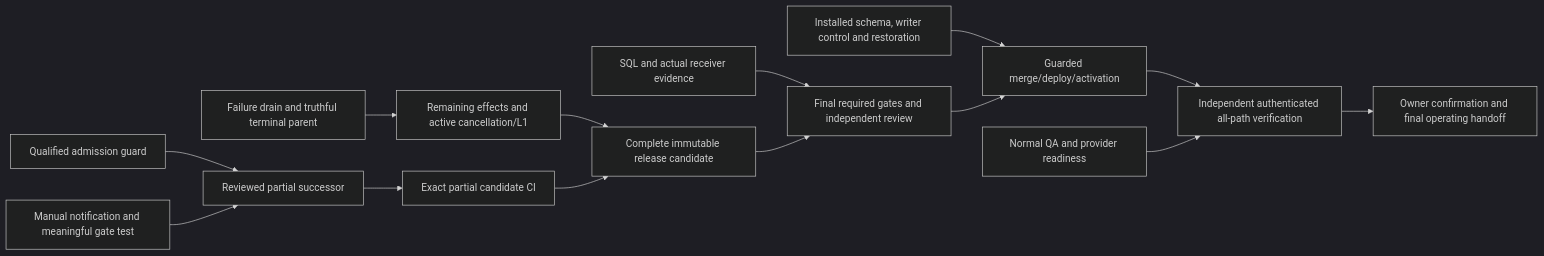
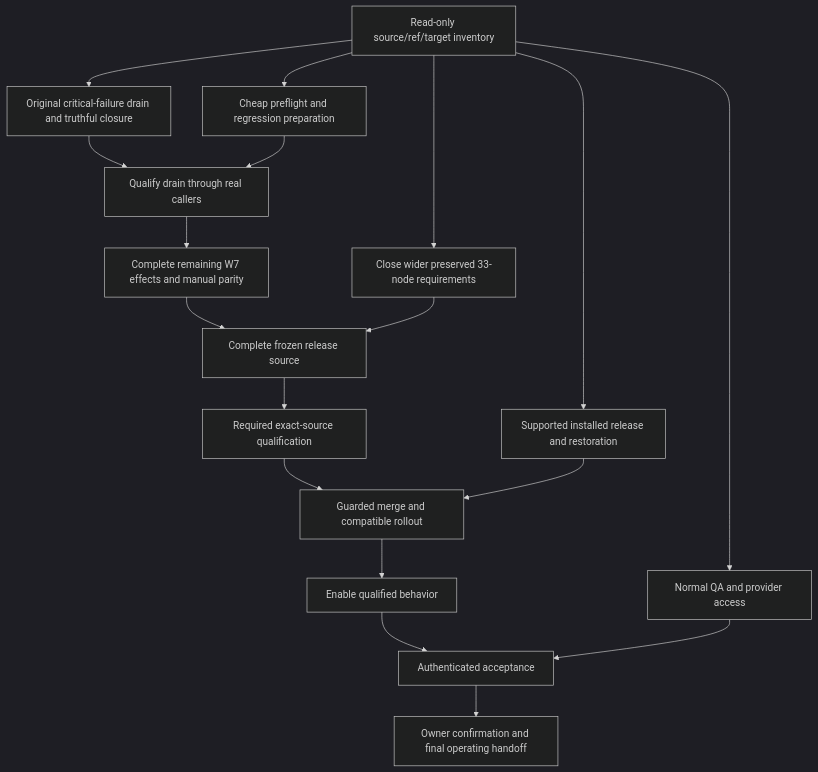
The diagram in Delivery-Path-Release-Plan.md (jtobkin/supraos-workflow-plan), drawn with Mermaid (dark theme) before and after one commit. The commit also changed other lines of this file and 11 other files, not shown here.

````diff
--- a/Delivery-Path-Release-Plan.md
+++ b/Delivery-Path-Release-Plan.md
@@ -51,16 +63,34 @@
 ```mermaid
-flowchart LR
-  GUARD[Qualified admission guard] --> PARTIAL[Reviewed partial successor]
-  MANUAL[Manual notification and meaningful gate test] --> PARTIAL
-  PARTIAL --> PCI[Exact partial candidate CI]
-  DRAIN[Failure drain and truthful terminal parent] --> GAPS[Remaining effects and active cancellation/L1]
-  GAPS --> FINAL[Complete immutable release candidate]
-  PCI --> FINAL
-  REST[SQL and actual receiver evidence] --> GATES[Final required gates and independent review]
-  FINAL --> GATES
-  CONTROLS[Installed schema, writer control and restoration] --> DEPLOY[Guarded merge/deploy/activation]
-  GATES --> DEPLOY
-  DEPLOY --> LIVE[Independent authenticated all-path verification]
-  QA[Normal QA and provider readiness] --> LIVE
-  LIVE --> OWNER[Owner confirmation and final operating handoff]
+flowchart TD
+  RESUME["Read-only source/ref/target inventory"]
+  DRAIN["Original critical-failure drain and truthful closure"]
+  PREREQ["Supported installed release and restoration"]
+  QA["Normal QA and provider access"]
+  VERIFY["Cheap preflight and regression preparation"]
+  DRAINQUAL["Qualify drain through real callers"]
+  EFFECTS["Complete remaining W7 effects and manual parity"]
+  BROADER["Close wider preserved 33-node requirements"]
+  FINALJOIN["Complete frozen release source"]
+  FINALGATES["Required exact-source qualification"]
+  DEPLOY["Guarded merge and compatible rollout"]
+  ACTIVATE["Enable qualified behavior"]
+  LIVE["Authenticated acceptance"]
+  OWNER["Owner confirmation and final operating handoff"]
+  RESUME --> DRAIN
+  RESUME --> PREREQ
+  RESUME --> QA
+  RESUME --> VERIFY
+  DRAIN --> DRAINQUAL
+  VERIFY --> DRAINQUAL
+  DRAINQUAL --> EFFECTS
+  RESUME --> BROADER
+  EFFECTS --> FINALJOIN
+  BROADER --> FINALJOIN
+  FINALJOIN --> FINALGATES
+  FINALGATES --> DEPLOY
+  PREREQ --> DEPLOY
+  DEPLOY --> ACTIVATE
+  ACTIVATE --> LIVE
+  QA --> LIVE
+  LIVE --> OWNER
 ```
````
